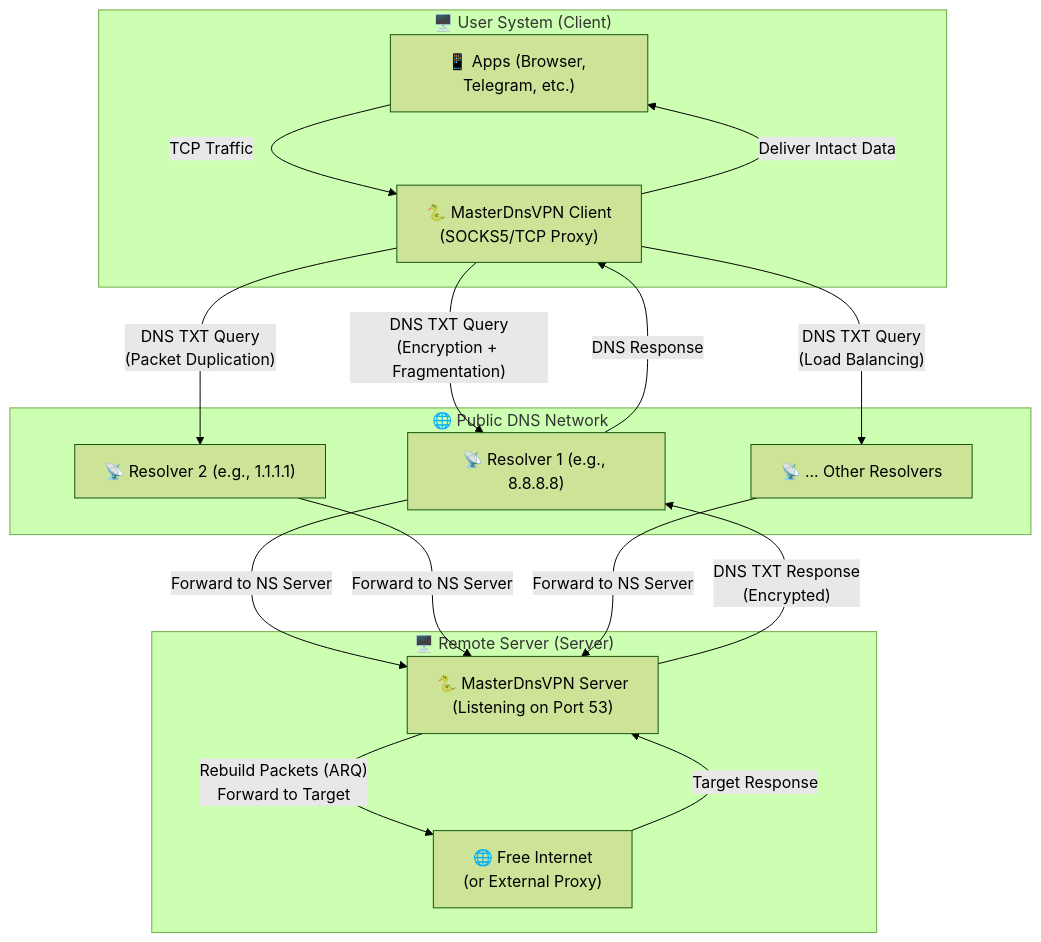
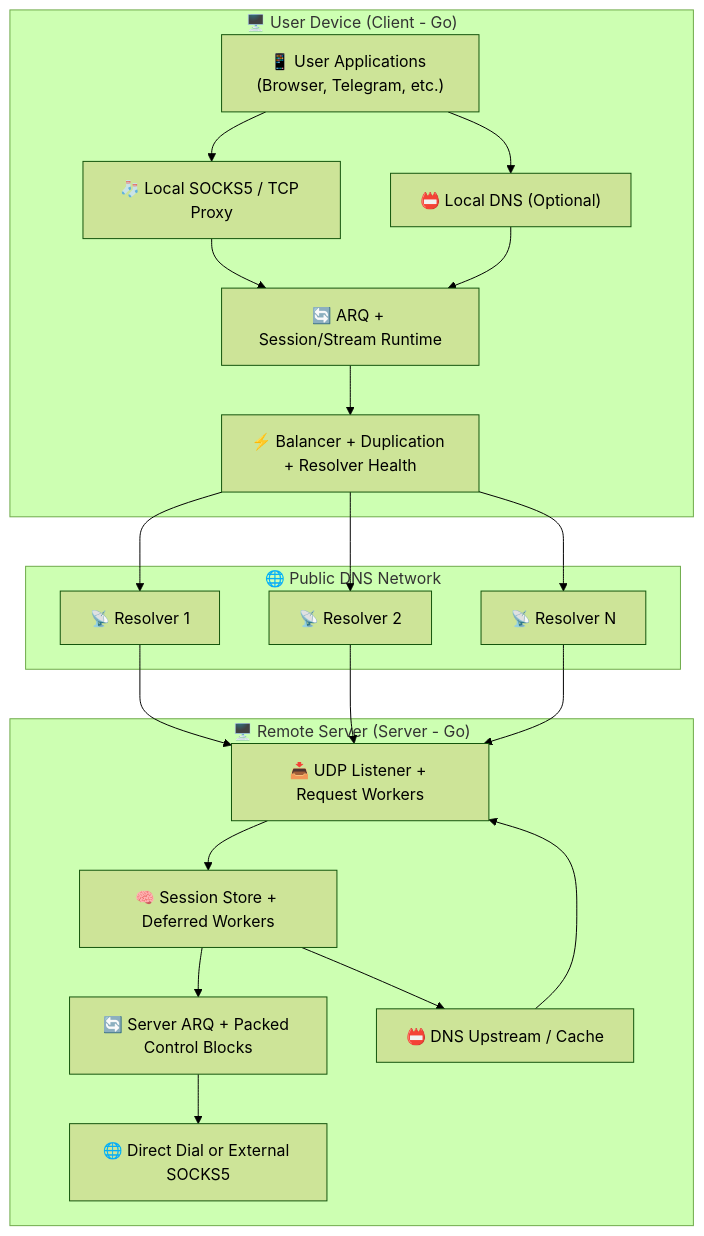
The first of 2 diagrams in README.MD (masterking32/MasterDnsVPN), drawn with Mermaid (forest theme) before and after one commit. The commit also changed other lines of this file and 1 other file, not shown here.

````diff
--- a/README.MD
+++ b/README.MD
@@ -440,33 +640,41 @@
 ```mermaid
 graph TD
-    subgraph Client_Side ["🖥️ User System (Client)"]
-        App["📱 Apps (Browser, Telegram, etc.)"]
-        Client["🐍 MasterDnsVPN Client<br>(SOCKS5/TCP Proxy)"]
+    subgraph Client_Side ["🖥️ User Device (Client - Go)"]
+        App["📱 User Applications (Browser, Telegram, etc.)"]
+        Proxy["🧦 Local SOCKS5 / TCP Proxy"]
+        LDNS["📛 Local DNS (Optional)"]
+        ResolverRuntime["⚡ Balancer + Duplication + Resolver Health"]
+        ClientARQ["🔄 ARQ + Session/Stream Runtime"]
     end
 
     subgraph DNS_Network ["🌐 Public DNS Network"]
-        R1["📡 Resolver 1 (e.g., 8.8.8.8)"]
-        R2["📡 Resolver 2 (e.g., 1.1.1.1)"]
-        RN["📡 ... Other Resolvers"]
+        R1["📡 Resolver 1"]
+        R2["📡 Resolver 2"]
+        RN["📡 Resolver N"]
     end
 
-    subgraph Server_Side ["🖥️ Remote Server (Server)"]
-        Server["🐍 MasterDnsVPN Server<br>(Listening on Port 53)"]
-        Target["🌐 Free Internet<br>(or External Proxy)"]
+    subgraph Server_Side ["🖥️ Remote Server (Server - Go)"]
+        UDP["📥 UDP Listener + Request Workers"]
+        Sessions["🧠 Session Store + Deferred Workers"]
+        ServerARQ["🔄 Server ARQ + Packed Control Blocks"]
+        DNSUp["📛 DNS Upstream / Cache"]
+        Out["🌐 Direct Dial or External SOCKS5"]
     end
 
-    App -->|"TCP Traffic"| Client
-    Client -->|"DNS TXT Query<br>(Encryption + Fragmentation)"| R1
-    Client -->|"DNS TXT Query<br>(Packet Duplication)"| R2
-    Client -->|"DNS TXT Query<br>(Load Balancing)"| RN
-
-    R1 -->|"Forward to NS Server"| Server
-    R2 -->|"Forward to NS Server"| Server
-    RN -->|"Forward to NS Server"| Server
-
-    Server -->|"Rebuild Packets (ARQ)<br>Forward to Target"| Target
-    Target -->|"Target Response"| Server
-    Server -->|"DNS TXT Response<br>(Encrypted)"| R1
-    R1 -->|"DNS Response"| Client
-    Client -->|"Deliver Intact Data"| App
+    App --> Proxy
+    App --> LDNS
+    Proxy --> ClientARQ
+    LDNS --> ClientARQ
+    ClientARQ --> ResolverRuntime
+    ResolverRuntime --> R1
+    ResolverRuntime --> R2
+    ResolverRuntime --> RN
+    R1 --> UDP
+    R2 --> UDP
+    RN --> UDP
+    UDP --> Sessions
+    Sessions --> ServerARQ
+    Sessions --> DNSUp
+    ServerARQ --> Out
+    DNSUp --> UDP
 ```
````
